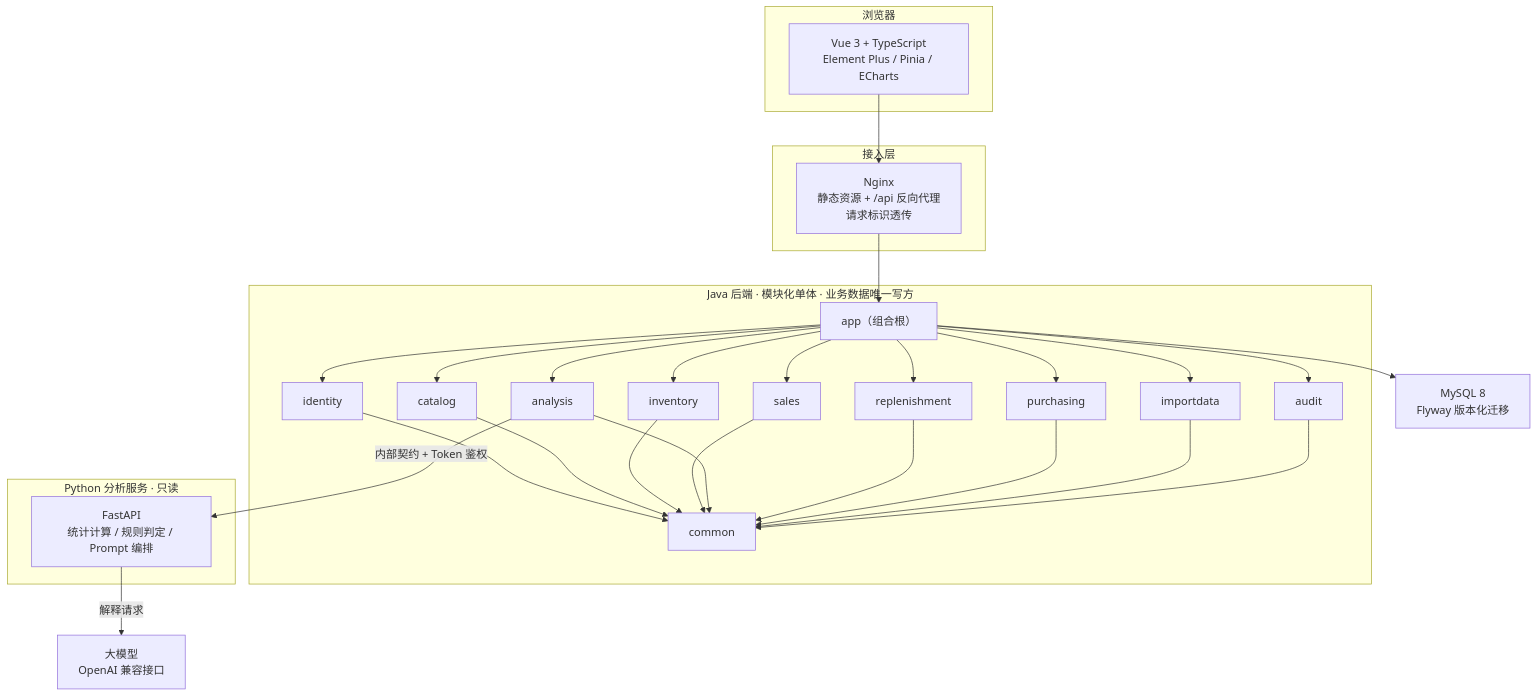
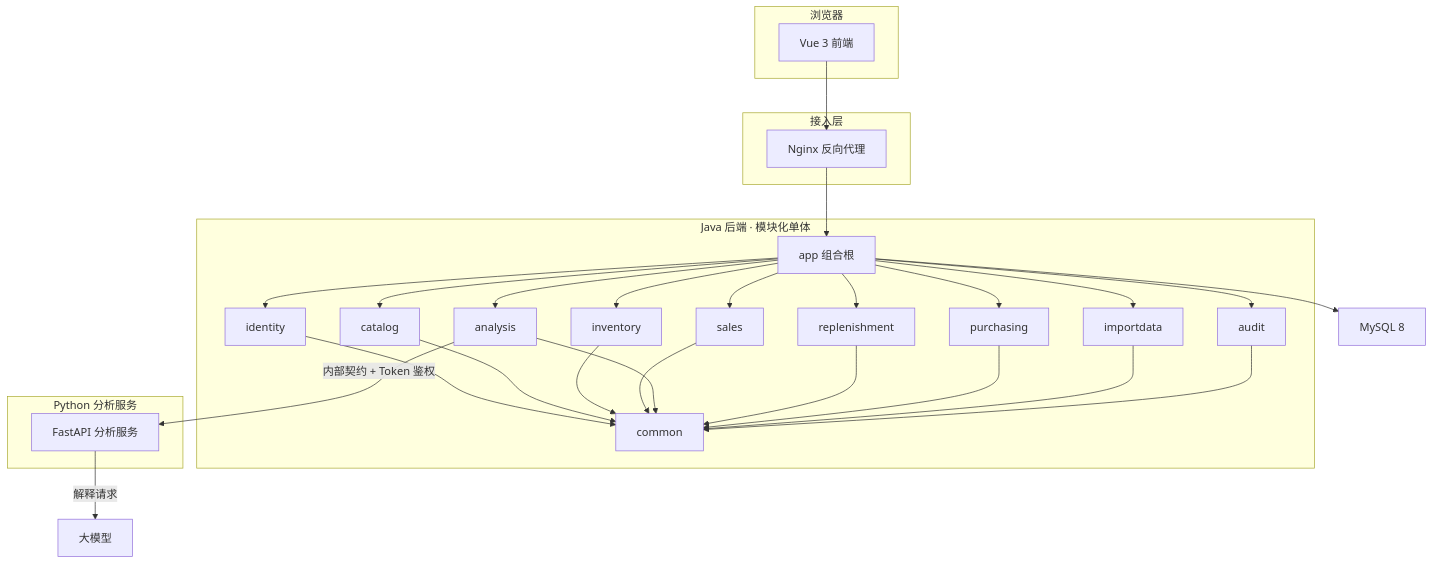
One commit to xy98773-jpg/shoppilot-ai changed the diagram in README.md. Above: the diagram before and after it, drawn with Mermaid.

Commit message:
docs: 架构图去除换行标签，改用紧凑节点文本
GitHub 渲染器在节点文本同时含中文与 <br/> 时会整图渲染失败；
改为无换行标签的紧凑写法，信息完整性由下方模块依赖说明补充

````diff
--- a/README.md
+++ b/README.md
@@ -39,55 +39,55 @@
 ```mermaid
 flowchart TB
     subgraph Z_BROWSER[浏览器]
-        FE["Vue 3 + TypeScript<br/>Element Plus / Pinia / ECharts"]
+        FE[Vue 3 前端]
     end
 
     subgraph Z_EDGE[接入层]
-        NG["Nginx<br/>静态资源 + /api 反向代理<br/>请求标识透传"]
+        NG[Nginx 反向代理]
     end
 
-    subgraph Z_JAVA[Java 后端 · 模块化单体 · 业务数据唯一写方]
-        APP["app（组合根）"]
-        IDN["identity"]
-        CAT["catalog"]
-        INV["inventory"]
-        SAL["sales"]
-        ANA["analysis"]
-        RPL["replenishment"]
-        PUR["purchasing"]
-        IMP["importdata"]
-        AUD["audit"]
-        CMN["common"]
+    subgraph Z_JAVA[Java 后端 · 模块化单体]
+        APP[app 组合根]
+        IDN[identity]
+        CAT[catalog]
+        INV[inventory]
+        SAL[sales]
+        ANA[analysis]
+        RPL[replenishment]
+        PUR[purchasing]
+        IMP[importdata]
+        AUD[audit]
+        CMN[common]
     end
 
-    subgraph Z_PY[Python 分析服务 · 只读]
-        SA["FastAPI<br/>统计计算 / 规则判定 / Prompt 编排"]
+    subgraph Z_PY[Python 分析服务]
+        SA[FastAPI 分析服务]
     end
 
-    DB["MySQL 8<br/>Flyway 版本化迁移"]
-    LLM["大模型<br/>OpenAI 兼容接口"]
+    DB[MySQL 8]
+    LLM[大模型]
 
     FE --> NG
     NG --> APP
     APP --> IDN
     APP --> CAT
     APP --> INV
     APP --> SAL
     APP --> ANA
     APP --> RPL
     APP --> PUR
     APP --> IMP
     APP --> AUD
     IDN --> CMN
     CAT --> CMN
     INV --> CMN
     SAL --> CMN
     ANA --> CMN
     RPL --> CMN
     PUR --> CMN
     IMP --> CMN
     AUD --> CMN
     APP --> DB
-    ANA -->|"内部契约 + Token 鉴权"| SA
-    SA -->|"解释请求"| LLM
+    ANA -->|内部契约 + Token 鉴权| SA
+    SA -->|解释请求| LLM
 ```
````
